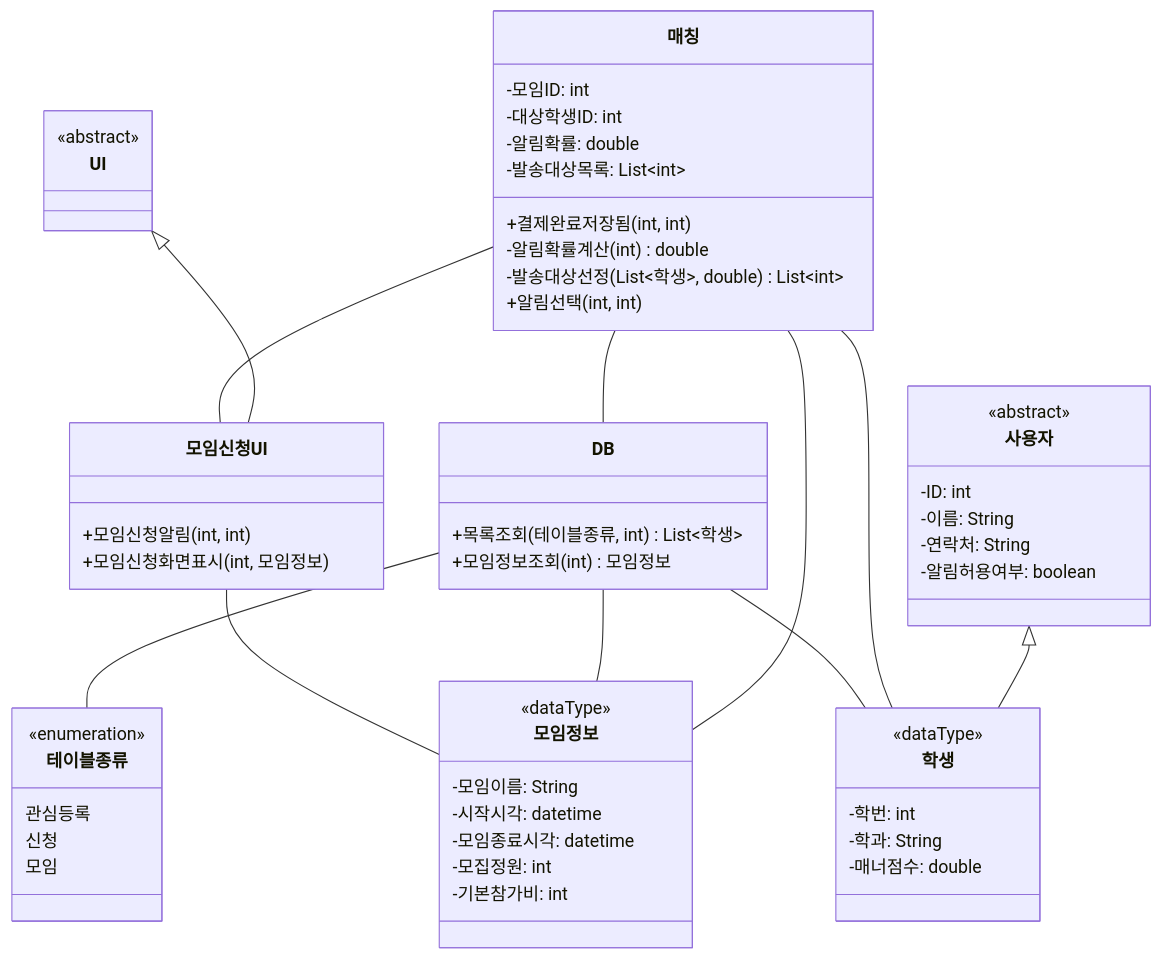
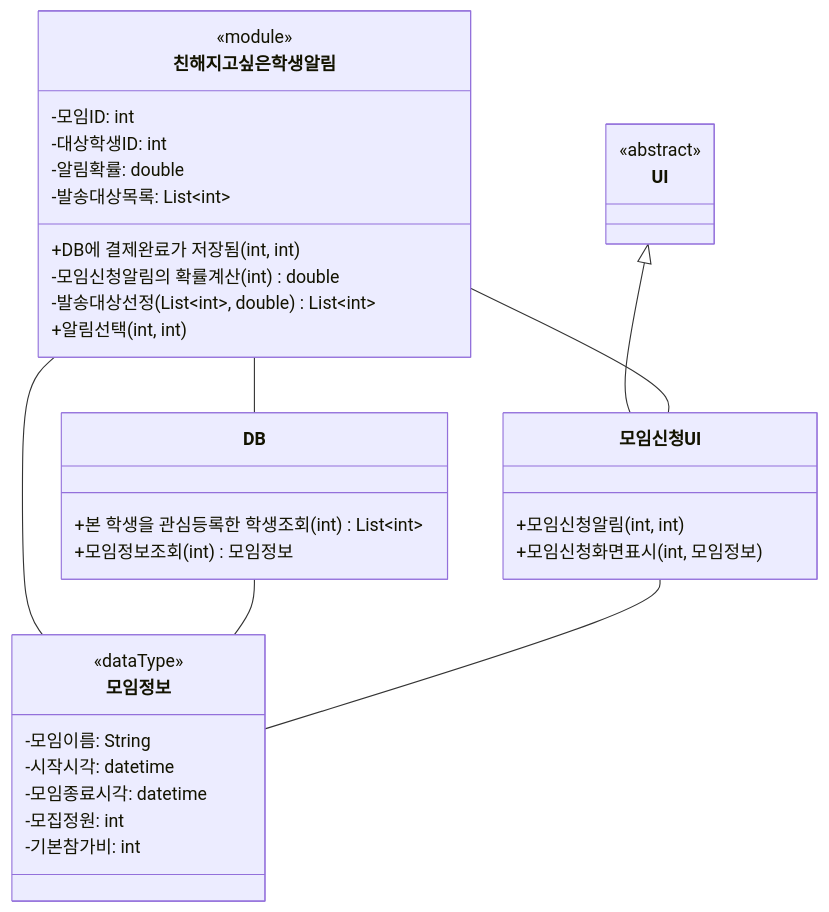
Before and after one commit to hojae3/sw-engineering-16: the diagram in presentation/03/3-class.md, drawn with Mermaid. The commit also changed other lines of this file and 2 other files, not shown here.

Commit message:
[presentation] 3번: 라이프라인을 친해지고싶은학생알림 «module»로, 클래스 다이어그램을 시퀀스(원본 메시지)에 맞춤

````diff
--- a/presentation/03/3-class.md
+++ b/presentation/03/3-class.md
@@ -13,62 +11,40 @@
 ```mermaid
 classDiagram
     class UI {
         <<abstract>>
     }
     class 모임신청UI {
         +모임신청알림(int, int)
         +모임신청화면표시(int, 모임정보)
     }
-    class 매칭 {
+    class 친해지고싶은학생알림 {
+        <<module>>
         -모임ID: int
         -대상학생ID: int
         -알림확률: double
         -발송대상목록: List~int~
-        +결제완료저장됨(int, int)
-        -알림확률계산(int) double
-        -발송대상선정(List~학생~, double) List~int~
+        +DB에 결제완료가 저장됨(int, int)
+        -모임신청알림의 확률계산(int) double
+        -발송대상선정(List~int~, double) List~int~
         +알림선택(int, int)
     }
     class DB {
-        +목록조회(테이블종류, int) List~학생~
+        +본 학생을 관심등록한 학생조회(int) List~int~
         +모임정보조회(int) 모임정보
-    }
-    class 테이블종류 {
-        <<enumeration>>
-        관심등록
-        신청
-        모임
-    }
-    class 사용자 {
-        <<abstract>>
-        -ID: int
-        -이름: String
-        -연락처: String
-        -알림허용여부: boolean
-    }
-    class 학생 {
-        <<dataType>>
-        -학번: int
-        -학과: String
-        -매너점수: double
     }
     class 모임정보 {
         <<dataType>>
         -모임이름: String
         -시작시각: datetime
         -모임종료시각: datetime
         -모집정원: int
         -기본참가비: int
     }
 
     UI <|-- 모임신청UI
-    사용자 <|-- 학생
-    매칭 -- 모임신청UI
-    매칭 -- DB
-    매칭 -- 학생
-    DB -- 테이블종류
-    DB -- 학생
-    매칭 -- 모임정보
+    친해지고싶은학생알림 -- 모임신청UI
+    친해지고싶은학생알림 -- DB
+    친해지고싶은학생알림 -- 모임정보
     DB -- 모임정보
     모임신청UI -- 모임정보
 ```
````
